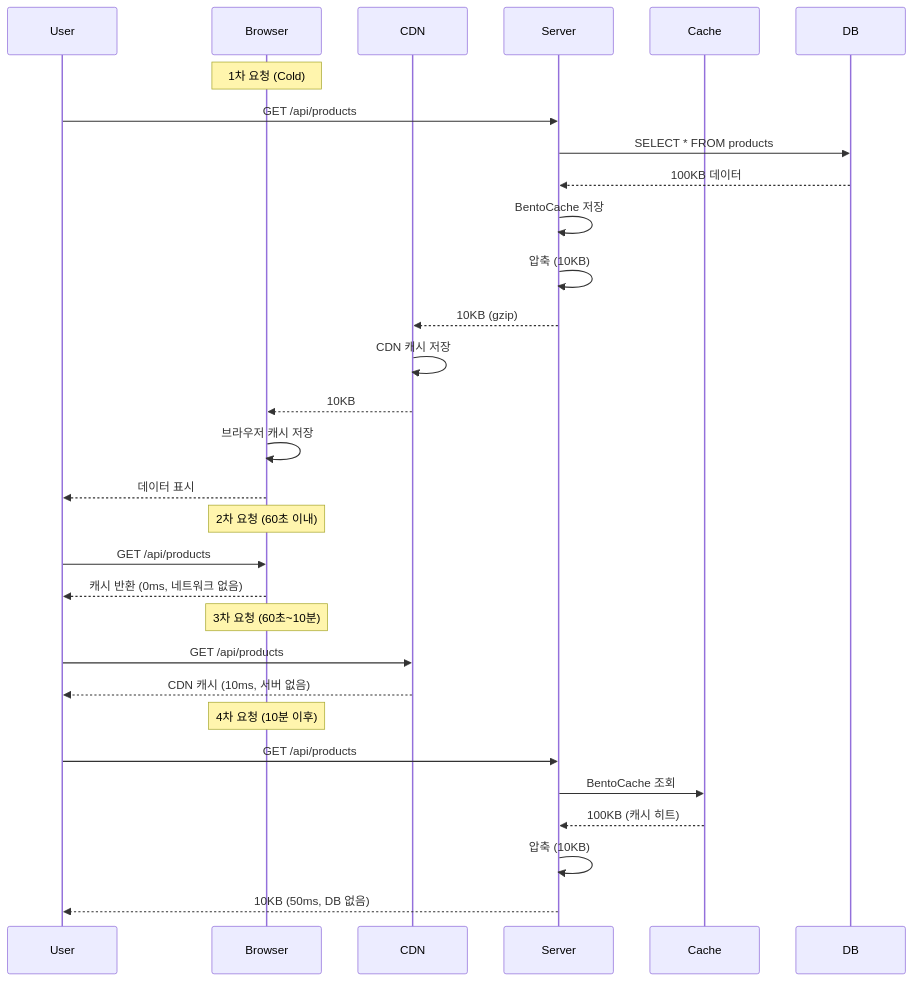
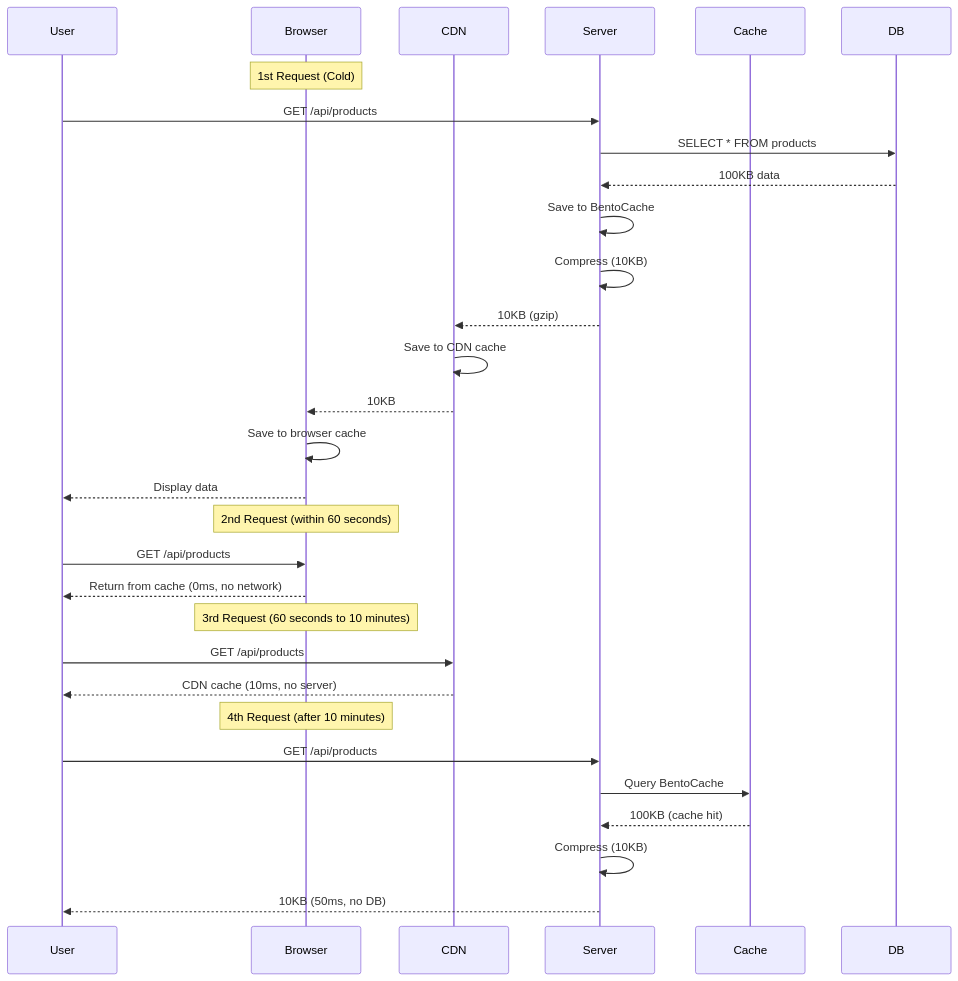
The second of 2 diagrams in modules/docs/en/advanced-features/compress/performance-optimization.mdx (cartanova-ai/sonamu), drawn with Mermaid before and after one commit. The commit also changed other lines of this file and 86 other files, not shown here.

````diff
--- a/modules/docs/en/advanced-features/compress/performance-optimization.mdx
+++ b/modules/docs/en/advanced-features/compress/performance-optimization.mdx
@@ -243,36 +243,36 @@
 ```mermaid
 sequenceDiagram
     participant User
     participant Browser
     participant CDN
     participant Server
     participant Cache
     participant DB
 
-    Note over Browser: 1차 요청 (Cold)
+    Note over Browser: 1st Request (Cold)
     User->>Server: GET /api/products
     Server->>DB: SELECT * FROM products
-    DB-->>Server: 100KB 데이터
-    Server->>Server: BentoCache 저장
-    Server->>Server: 압축 (10KB)
+    DB-->>Server: 100KB data
+    Server->>Server: Save to BentoCache
+    Server->>Server: Compress (10KB)
     Server-->>CDN: 10KB (gzip)
-    CDN->>CDN: CDN 캐시 저장
+    CDN->>CDN: Save to CDN cache
     CDN-->>Browser: 10KB
-    Browser->>Browser: 브라우저 캐시 저장
-    Browser-->>User: 데이터 표시
+    Browser->>Browser: Save to browser cache
+    Browser-->>User: Display data
 
-    Note over Browser: 2차 요청 (60초 이내)
+    Note over Browser: 2nd Request (within 60 seconds)
     User->>Browser: GET /api/products
-    Browser-->>User: 캐시 반환 (0ms, 네트워크 없음)
+    Browser-->>User: Return from cache (0ms, no network)
 
-    Note over Browser: 3차 요청 (60초~10분)
+    Note over Browser: 3rd Request (60 seconds to 10 minutes)
     User->>CDN: GET /api/products
-    CDN-->>User: CDN 캐시 (10ms, 서버 없음)
+    CDN-->>User: CDN cache (10ms, no server)
 
-    Note over Browser: 4차 요청 (10분 이후)
+    Note over Browser: 4th Request (after 10 minutes)
     User->>Server: GET /api/products
-    Server->>Cache: BentoCache 조회
-    Cache-->>Server: 100KB (캐시 히트)
-    Server->>Server: 압축 (10KB)
-    Server-->>User: 10KB (50ms, DB 없음)
+    Server->>Cache: Query BentoCache
+    Cache-->>Server: 100KB (cache hit)
+    Server->>Server: Compress (10KB)
+    Server-->>User: 10KB (50ms, no DB)
 ```
````
